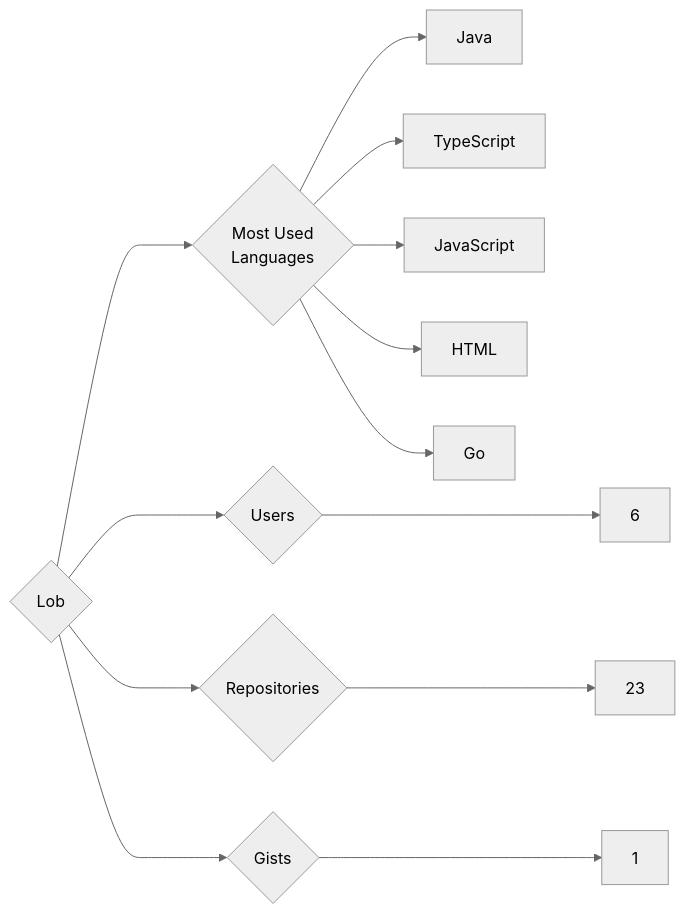
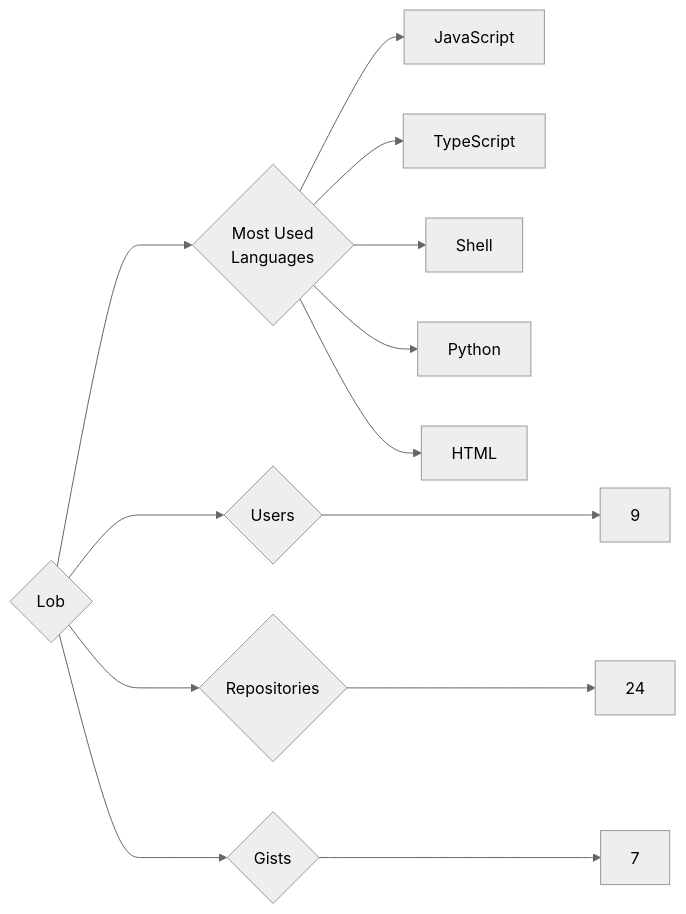
The diagram in targets/Lob/README.md (trickest/insiders), drawn with Mermaid (neutral theme) before and after one commit. The commit also changed 872 other files, not shown here.

````diff
--- a/targets/Lob/README.md
+++ b/targets/Lob/README.md
@@ -3,13 +3,13 @@
 ```mermaid
 graph LR
 COMPANY_NAME{Lob}
-COMPANY_NAME ---> U{Users} ---> UN[6]
-COMPANY_NAME ---> R{Repositories} ---> RN[23]
-COMPANY_NAME ---> G{Gists} ---> GN[1]
+COMPANY_NAME ---> U{Users} ---> UN[9]
+COMPANY_NAME ---> R{Repositories} ---> RN[24]
+COMPANY_NAME ---> G{Gists} ---> GN[7]
 COMPANY_NAME ---> ML{Most Used<br>Languages}
-ML --> Java[Java]
+ML --> JavaScript[JavaScript]
 ML --> TypeScript[TypeScript]
-ML --> JavaScript[JavaScript]
+ML --> Shell[Shell]
+ML --> Python[Python]
 ML --> HTML[HTML]
-ML --> Go[Go]
 ```
````
